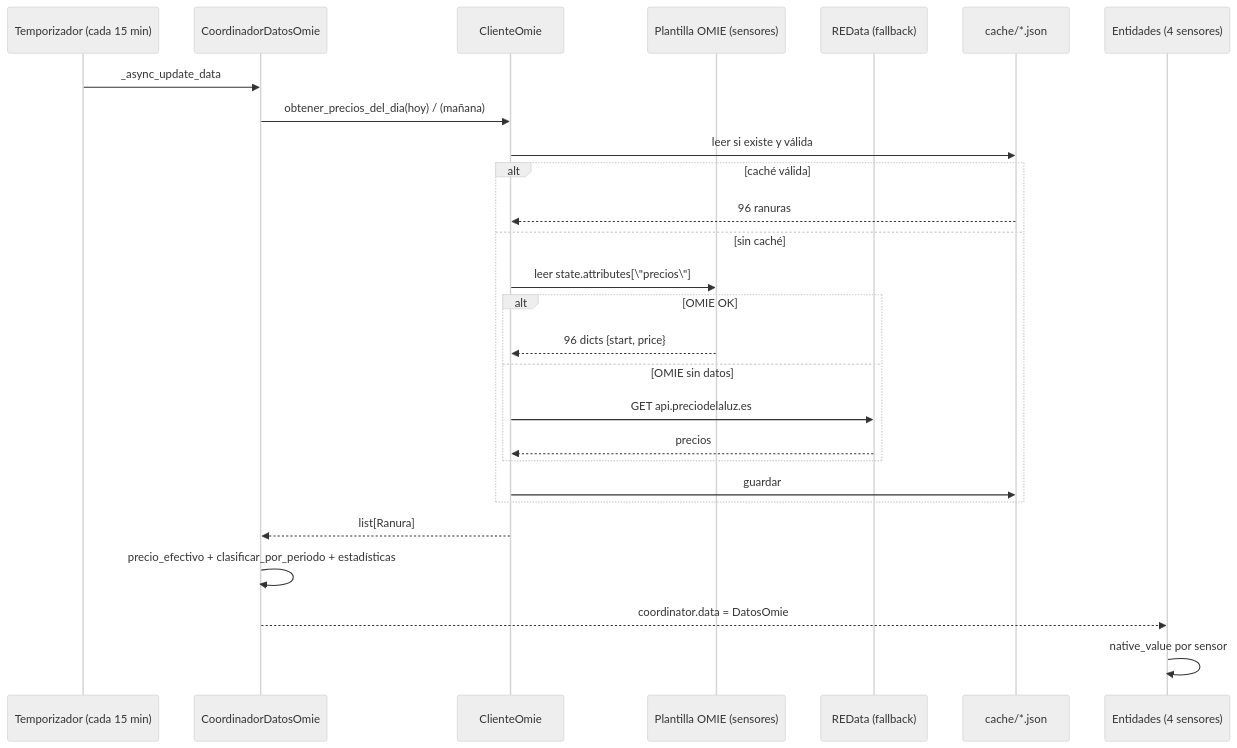
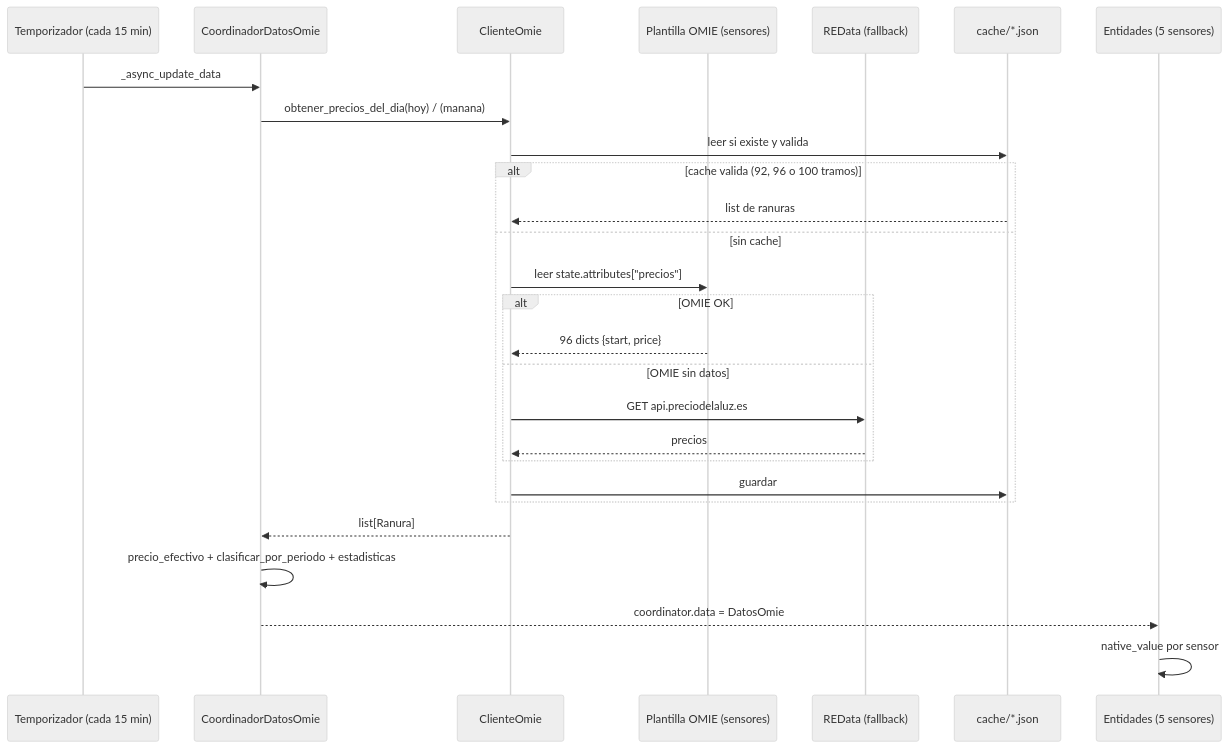
The second of 4 diagrams in SPEC.md (acarrilloa/optimizador-bateria-omie), drawn with Mermaid (neutral theme) before and after one commit. The commit also changed other lines of this file and 1 other file, not shown here.

````diff
--- a/SPEC.md
+++ b/SPEC.md
@@ -163,29 +166,29 @@
 ```mermaid
 sequenceDiagram
   participant T as Temporizador (cada 15 min)
   participant C as CoordinadorDatosOmie
   participant CL as ClienteOmie
   participant P as Plantilla OMIE (sensores)
   participant R as REData (fallback)
   participant Cache as cache/*.json
-  participant E as Entidades (4 sensores)
+  participant E as Entidades (5 sensores)
   T->>C: _async_update_data
-  C->>CL: obtener_precios_del_dia(hoy) / (mañana)
-  CL->>Cache: leer si existe y válida
-  alt caché válida
-    Cache-->>CL: 96 ranuras
-  else sin caché
-    CL->>P: leer state.attributes[\"precios\"]
+  C->>CL: obtener_precios_del_dia(hoy) / (manana)
+  CL->>Cache: leer si existe y valida
+  alt cache valida (92, 96 o 100 tramos)
+    Cache-->>CL: list de ranuras
+  else sin cache
+    CL->>P: leer state.attributes["precios"]
     alt OMIE OK
       P-->>CL: 96 dicts {start, price}
     else OMIE sin datos
       CL->>R: GET api.preciodelaluz.es
       R-->>CL: precios
     end
     CL->>Cache: guardar
   end
   CL-->>C: list[Ranura]
-  C->>C: precio_efectivo + clasificar_por_periodo + estadísticas
+  C->>C: precio_efectivo + clasificar_por_periodo + estadisticas
   C-->>E: coordinator.data = DatosOmie
   E->>E: native_value por sensor
 ```
````
